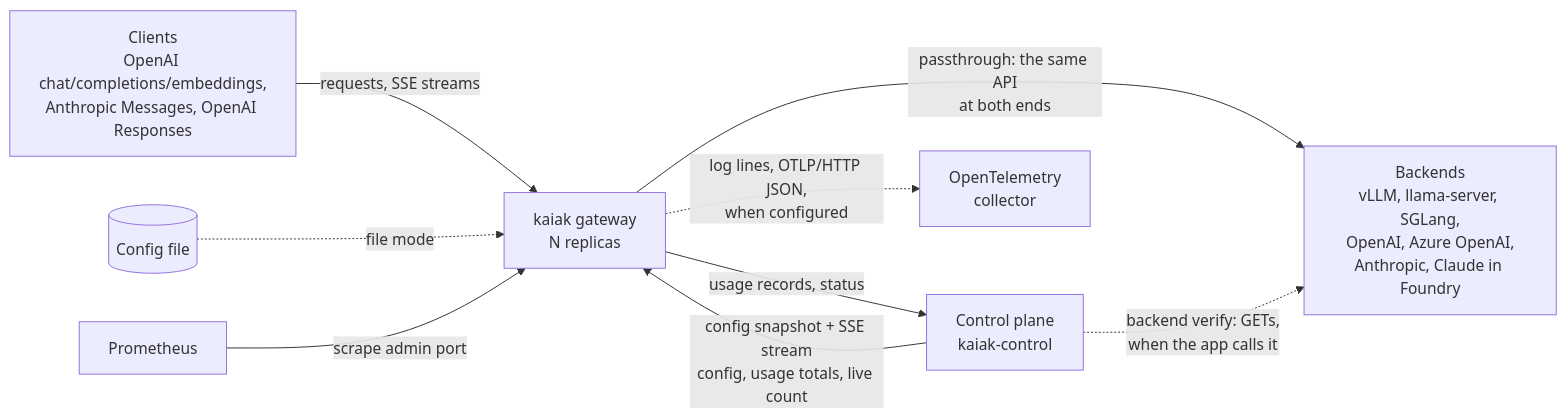
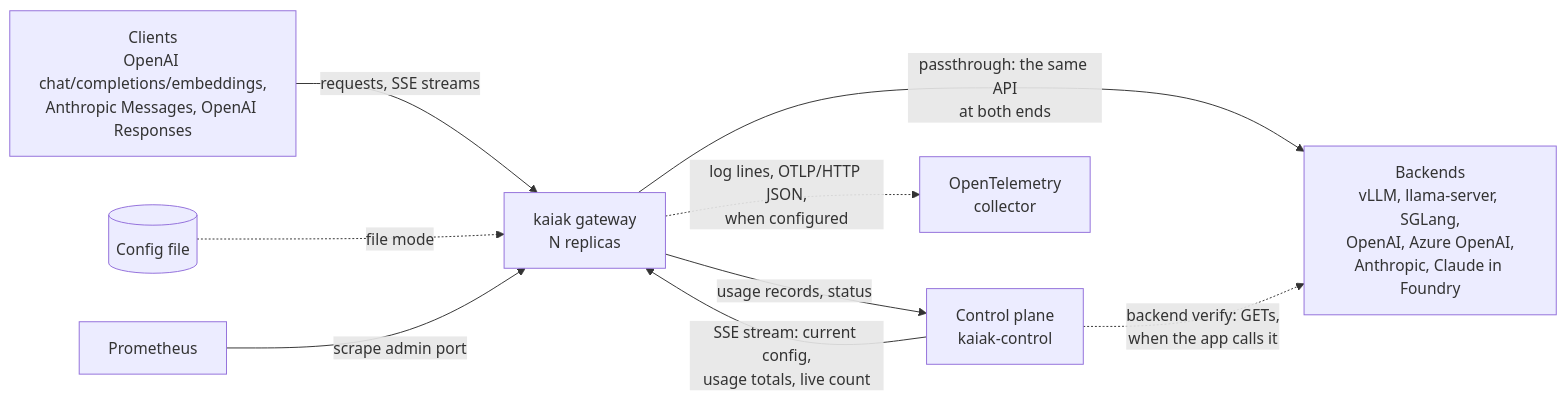
The first of 3 diagrams in docs/ARCHITECTURE.md (acdtrx/kaiak), drawn with Mermaid before and after one commit. The commit also changed other lines of this file and 7 other files, not shown here.

First line of the commit message:
docs: the broadcast-only shape — boot from the stream, current config, totals on the stream

````diff
--- a/docs/ARCHITECTURE.md
+++ b/docs/ARCHITECTURE.md
@@ -23,11 +23,11 @@
 ```mermaid
 flowchart LR
     client[Clients<br/>OpenAI chat/completions/embeddings,<br/>Anthropic Messages, OpenAI Responses] -->|requests, SSE streams| gw[kaiak gateway<br/>N replicas]
     gw -->|passthrough: the same API<br/>at both ends| be[Backends<br/>vLLM, llama-server, SGLang,<br/>OpenAI, Azure OpenAI,<br/>Anthropic, Claude in Foundry]
-    cp[Control plane<br/>kaiak-control] -->|config snapshot + SSE stream<br/>config, usage totals, live count| gw
+    cp[Control plane<br/>kaiak-control] -->|SSE stream: current config,<br/>usage totals, live count| gw
     gw -->|usage records, status| cp
     cp -.->|backend verify: GETs,<br/>when the app calls it| be
     file[(Config file)] -.->|file mode| gw
     prom[Prometheus] -->|scrape admin port| gw
     gw -.->|log lines, OTLP/HTTP JSON,<br/>when configured| otel[OpenTelemetry<br/>collector]
 ```
````
